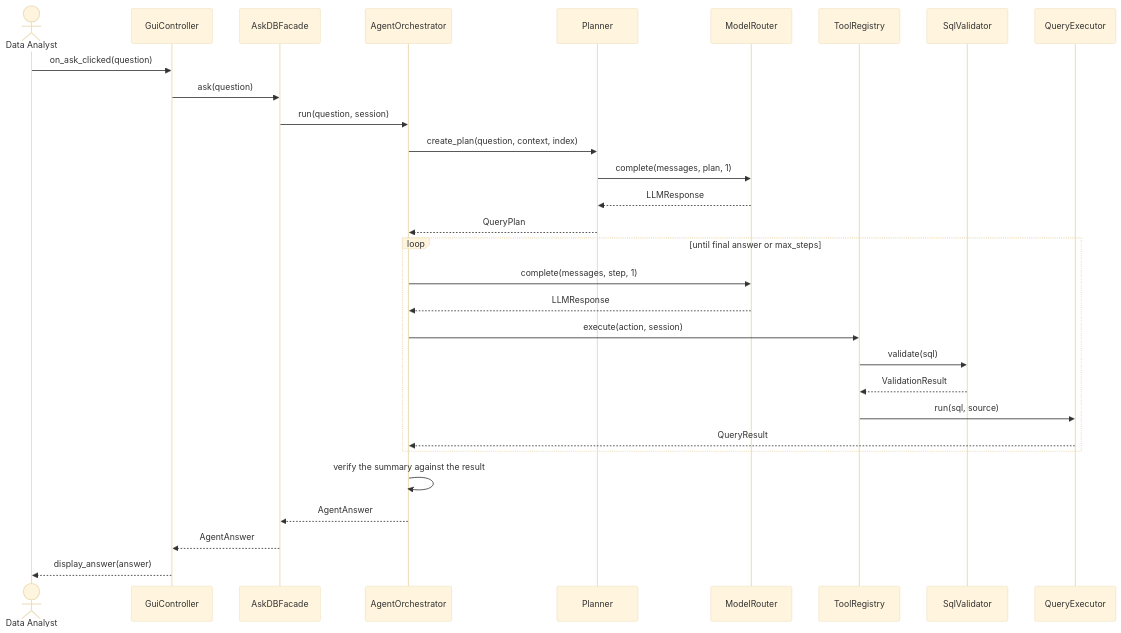
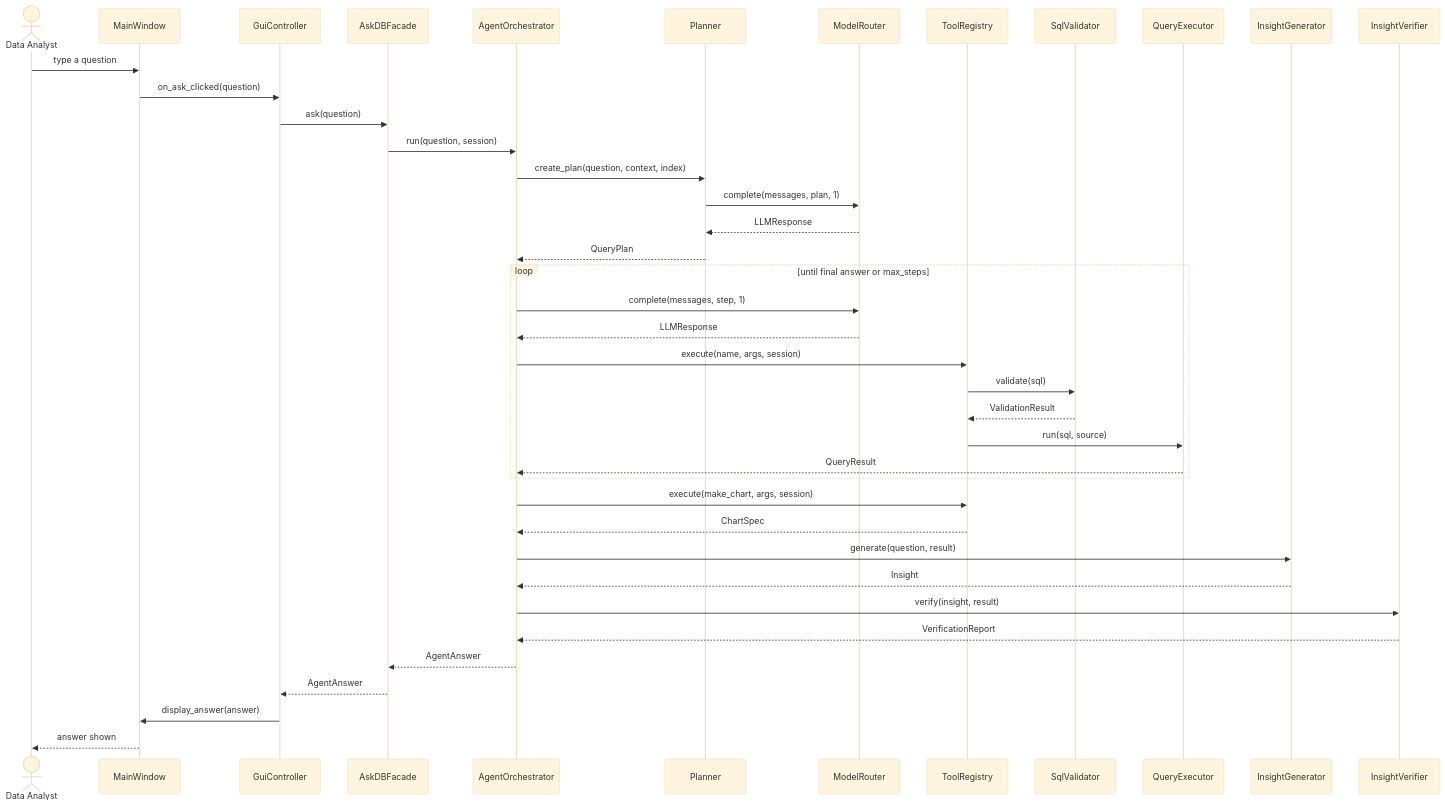
One commit to krishi-shah/AskDB-Data-Analyst-Agent changed the eighth of 15 diagrams in docs/Stage1_Design_Report.md. Above: the diagram before and after it, drawn with Mermaid (base theme). The commit also changed other lines of this file, not shown here.

Commit message:
Complete the Stage 1 diagrams with the window, actors, and multiplicities.

````diff
--- a/docs/Stage1_Design_Report.md
+++ b/docs/Stage1_Design_Report.md
@@ -1043,33 +1106,43 @@
 ```mermaid
 sequenceDiagram
     actor A as Data Analyst
+    participant MW as MainWindow
     participant GC as GuiController
     participant F as AskDBFacade
     participant O as AgentOrchestrator
     participant P as Planner
     participant MR as ModelRouter
     participant TR as ToolRegistry
     participant V as SqlValidator
     participant QE as QueryExecutor
+    participant IG as InsightGenerator
+    participant IV as InsightVerifier
 
-    A->>GC: on_ask_clicked(question)
+    A->>MW: type a question
+    MW->>GC: on_ask_clicked(question)
     GC->>F: ask(question)
     F->>O: run(question, session)
     O->>P: create_plan(question, context, index)
     P->>MR: complete(messages, plan, 1)
     MR-->>P: LLMResponse
     P-->>O: QueryPlan
     loop until final answer or max_steps
         O->>MR: complete(messages, step, 1)
         MR-->>O: LLMResponse
-        O->>TR: execute(action, session)
+        O->>TR: execute(name, args, session)
         TR->>V: validate(sql)
         V-->>TR: ValidationResult
         TR->>QE: run(sql, source)
         QE-->>O: QueryResult
     end
-    O->>O: verify the summary against the result
+    O->>TR: execute(make_chart, args, session)
+    TR-->>O: ChartSpec
+    O->>IG: generate(question, result)
+    IG-->>O: Insight
+    O->>IV: verify(insight, result)
+    IV-->>O: VerificationReport
     O-->>F: AgentAnswer
     F-->>GC: AgentAnswer
-    GC-->>A: display_answer(answer)
+    GC->>MW: display_answer(answer)
+    MW-->>A: answer shown
 ```
````
